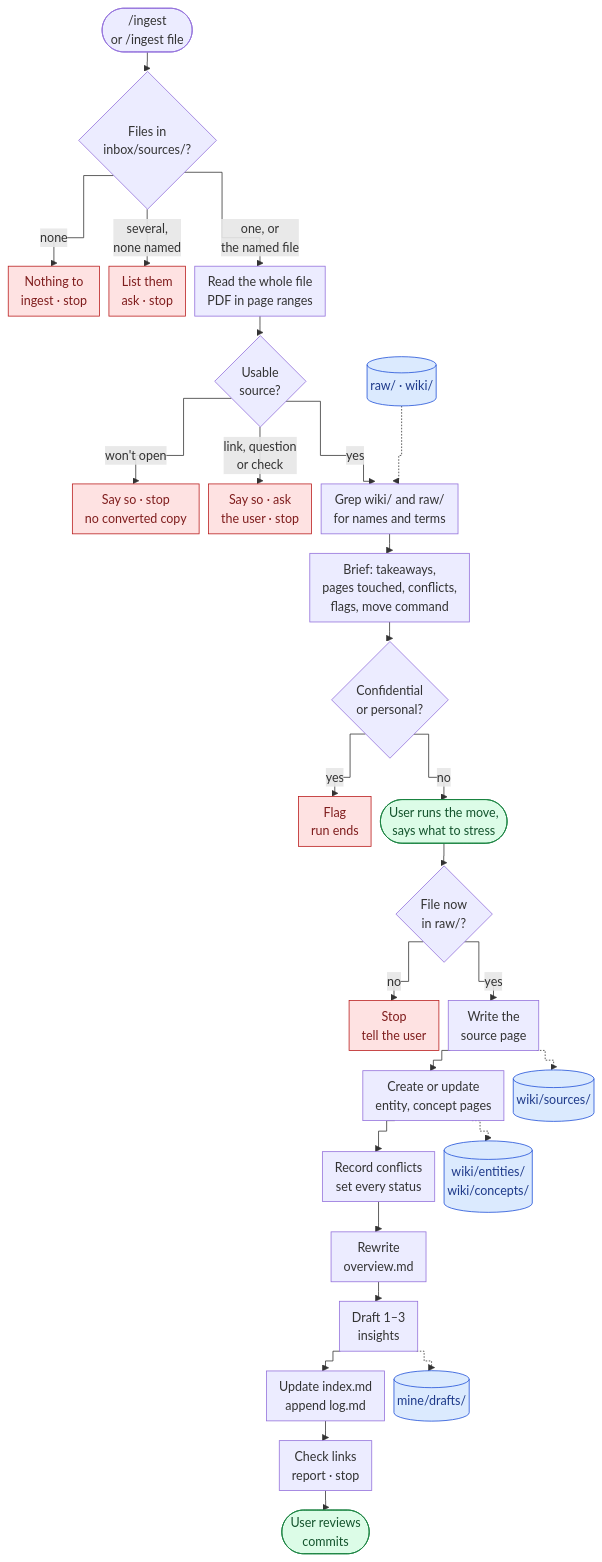
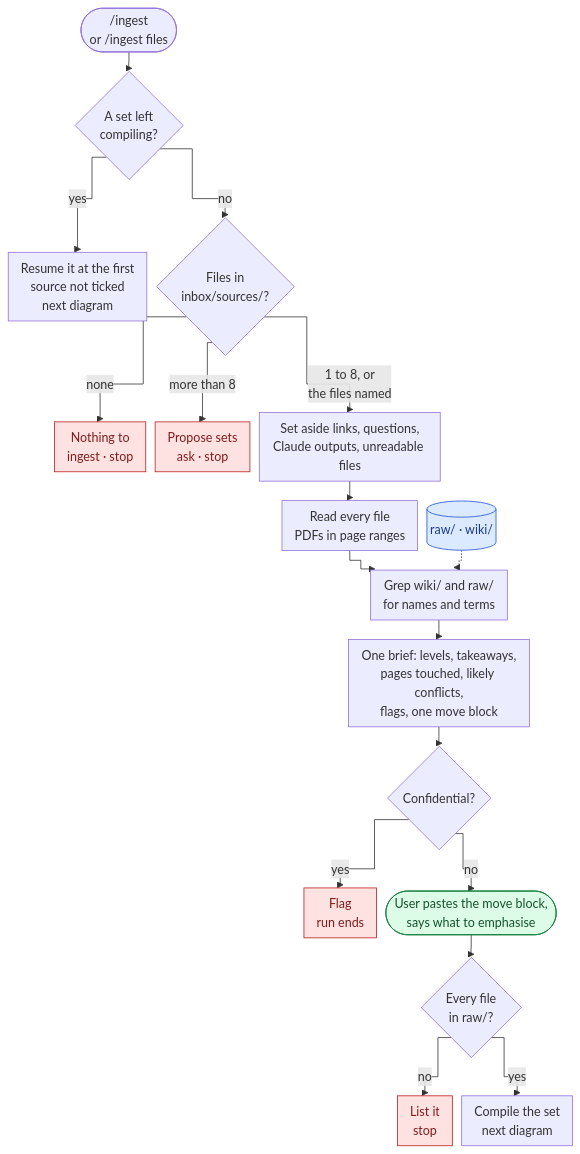
One commit to quocnguyen13/second-brain changed the fifth of 18 diagrams in mine/projects/thinking-system/20 Product Requirements.md. Above: the diagram before and after it, drawn with Mermaid. The commit also changed other lines of this file and 5 other files, not shown here.

````diff
--- a/mine/projects/thinking-system/20 Product Requirements.md
+++ b/mine/projects/thinking-system/20 Product Requirements.md
@@ -473,36 +494,26 @@
 ```mermaid
 %%{init: {"flowchart": {"curve": "step", "useMaxWidth": true, "nodeSpacing": 12, "rankSpacing": 25, "padding": 8, "subGraphTitleMargin": {"top": 4, "bottom": 8}}}}%%
 flowchart TD
-    A(["/ingest<br/>or /ingest file"]) --> B{"Files in<br/>inbox/sources/?"}
+    A(["/ingest<br/>or /ingest files"]) --> R0{"A set left<br/>compiling?"}
+    R0 -->|"yes"| RS["Resume it at the first<br/>source not ticked<br/>next diagram"]
+    R0 -->|"no"| B{"Files in<br/>inbox/sources/?"}
     B -->|"none"| X1["Nothing to<br/>ingest · stop"]
-    B -->|"several,<br/>none named"| X2["List them<br/>ask · stop"]
-    B -->|"one, or<br/>the named file"| C["Read the whole file<br/>PDF in page ranges"]
-    C --> D{"Usable<br/>source?"}
-    D -->|"won't open"| X3["Say so · stop<br/>no converted copy"]
-    D -->|"link, question<br/>or check"| X4["Say so · ask<br/>the user · stop"]
-    D -->|"yes"| E["Grep wiki/ and raw/<br/>for names and terms"]
-    E --> F["Brief: takeaways,<br/>pages touched, conflicts,<br/>flags, move command"]
-    F --> G{"Confidential<br/>or personal?"}
-    G -->|"yes"| X5["Flag<br/>run ends"]
-    G -->|"no"| H(["User runs the move,<br/>says what to stress"])
-    H --> I{"File now<br/>in raw/?"}
-    I -->|"no"| X6["Stop<br/>tell the user"]
-    I -->|"yes"| J["Write the<br/>source page"]
-    J --> K["Create or update<br/>entity, concept pages"]
-    K --> L["Record conflicts<br/>set every status"]
-    L --> M["Rewrite<br/>overview.md"]
-    M --> N["Draft 1–3<br/>insights"]
-    N --> O["Update index.md<br/>append log.md"]
-    O --> P["Check links<br/>report · stop"]
-    P --> Q(["User reviews<br/>commits"])
+    B -->|"more than 8"| X2["Propose sets<br/>ask · stop"]
+    B -->|"1 to 8, or<br/>the files named"| C["Set aside links, questions,<br/>Claude outputs, unreadable files"]
+    C --> D["Read every file<br/>PDFs in page ranges"]
+    D --> E["Grep wiki/ and raw/<br/>for names and terms"]
+    E --> F["One brief: levels, takeaways,<br/>pages touched, likely conflicts,<br/>flags, one move block"]
+    F --> G{"Confidential?"}
+    G -->|"yes"| X3["Flag<br/>run ends"]
+    G -->|"no"| H(["User pastes the move block,<br/>says what to emphasise"])
+    H --> I{"Every file<br/>in raw/?"}
+    I -->|"no"| X4["List it<br/>stop"]
+    I -->|"yes"| J["Compile the set<br/>next diagram"]
     RW[("raw/ · wiki/")] -.-> E
-    J -.-> WS[("wiki/sources/")]
-    K -.-> WC[("wiki/entities/<br/>wiki/concepts/")]
-    N -.-> DR[("mine/drafts/")]
     classDef user fill:#dcfce7,stroke:#15803d,color:#14532d
     classDef stop fill:#fee2e2,stroke:#b91c1c,color:#7f1d1d
     classDef store fill:#dbeafe,stroke:#1d4ed8,color:#1e3a8a
-    class H,Q user
-    class X1,X2,X3,X4,X5,X6 stop
-    class RW,WS,WC,DR store
+    class H user
+    class X1,X2,X3,X4 stop
+    class RW store
 ```
````
